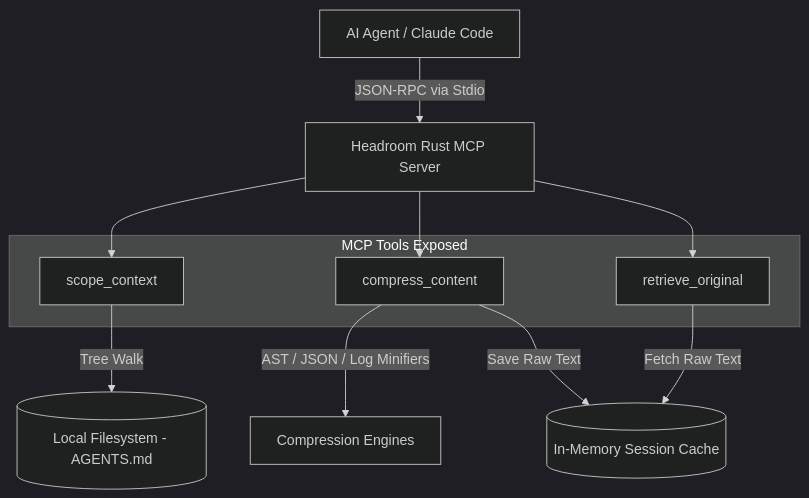
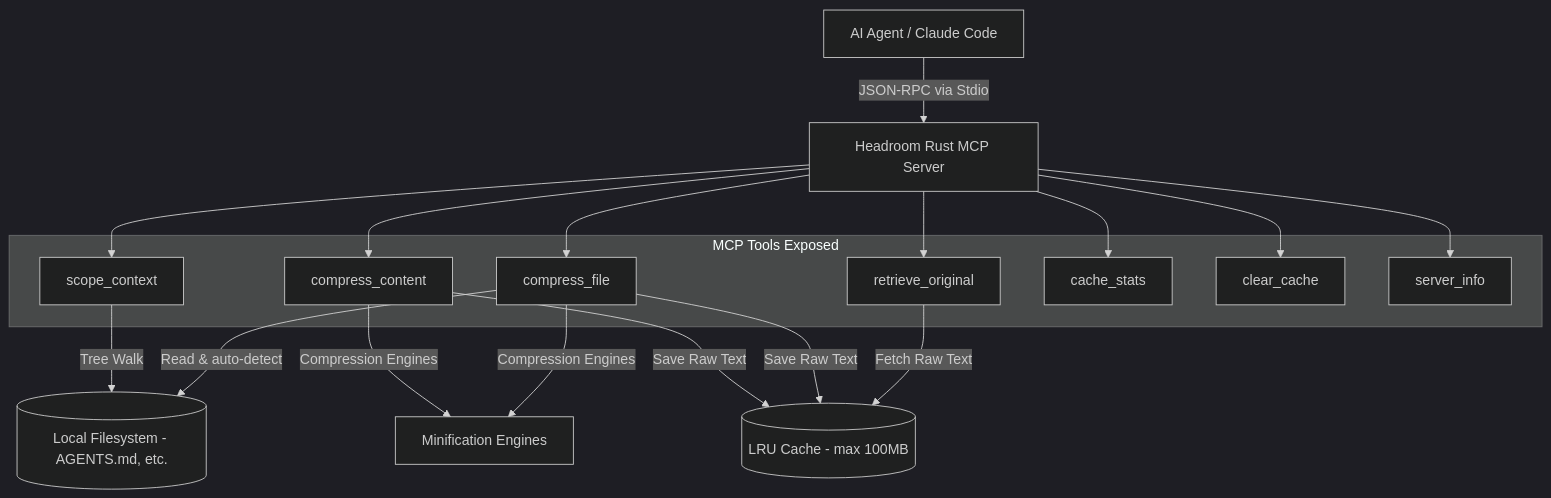
Before and after one commit to aswin402/headroom-mcp: the diagram in README.md, drawn with Mermaid (dark theme). The commit also changed other lines of this file and 9 other files, not shown here.

Commit message:
feat & refactor: add cache eviction, auto-detect, log dedup, CSV minifier, 4 new tools, security patches, modular architecture, and update docs

````diff
--- a/README.md
+++ b/README.md
@@ -36,17 +40,22 @@
 ```mermaid
 graph TD
     Agent[AI Agent / Claude Code] -->|JSON-RPC via Stdio| Server[Headroom Rust MCP Server]
     
     subgraph Tools [MCP Tools Exposed]
         T1[scope_context]
         T2[compress_content]
         T3[retrieve_original]
+        T4[compress_file]
+        T5[cache_stats]
+        T6[clear_cache]
+        T7[server_info]
     end
     
-    Server --> T1 & T2 & T3
+    Server --> T1 & T2 & T3 & T4 & T5 & T6 & T7
     
-    T1 -->|Tree Walk| FS[(Local Filesystem - AGENTS.md)]
-    T2 -->|AST / JSON / Log Minifiers| Comp[Compression Engines]
-    T2 -->|Save Raw Text| Cache[(In-Memory Session Cache)]
+    T1 -->|Tree Walk| FS[(Local Filesystem - AGENTS.md, etc.)]
+    T4 -->|Read & auto-detect| FS
+    T2 & T4 -->|Compression Engines| Comp[Minification Engines]
+    T2 & T4 -->|Save Raw Text| Cache[(LRU Cache - max 100MB)]
     T3 -->|Fetch Raw Text| Cache
 ```
````
